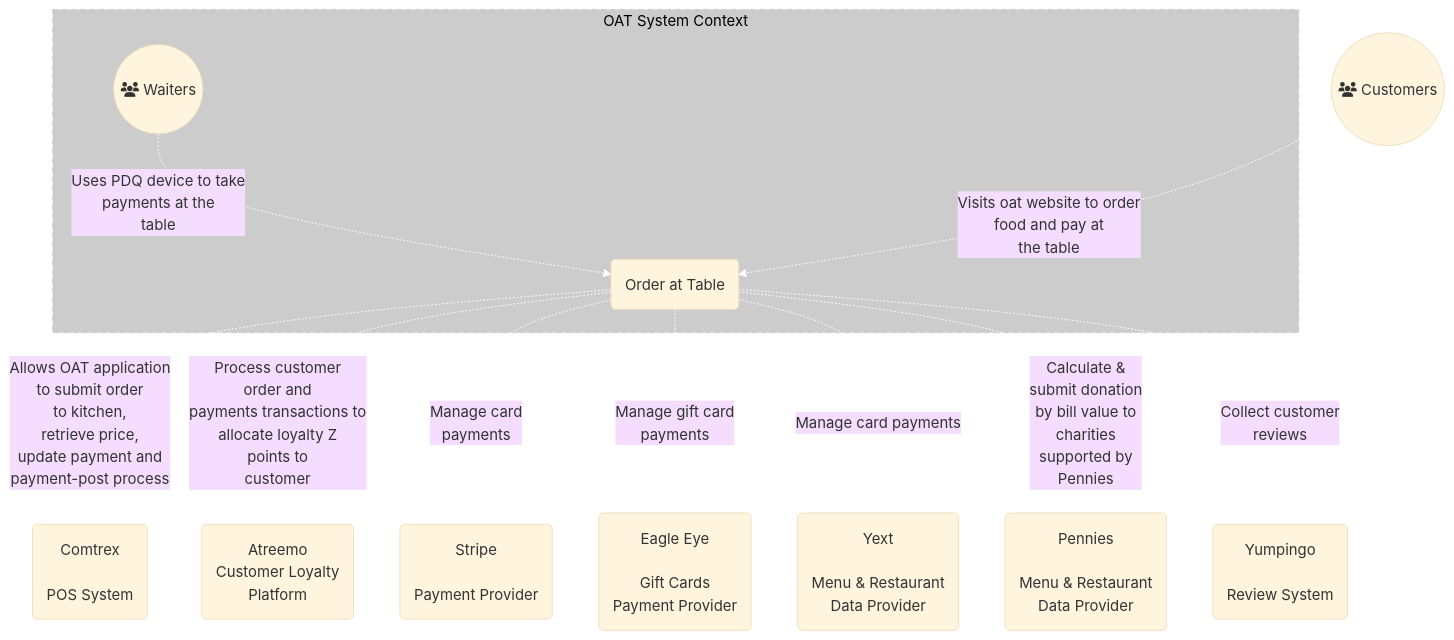
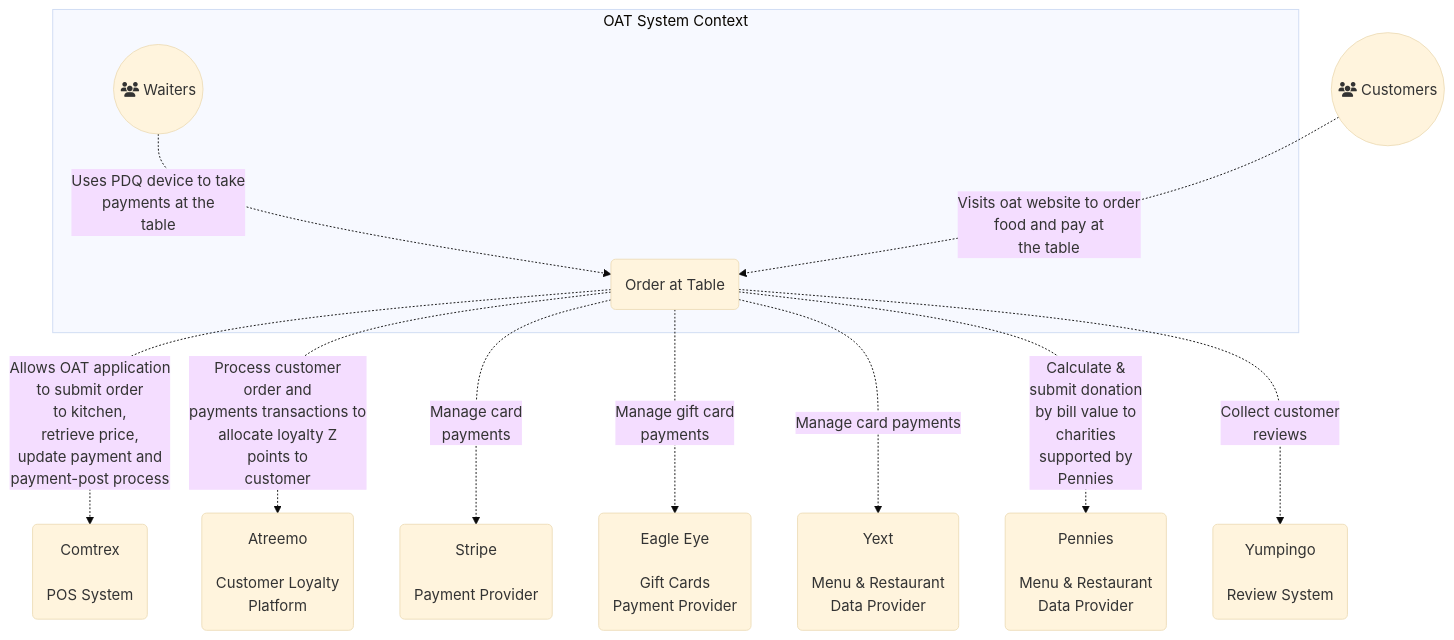
Before and after one commit to anandakumarpalanisamy/css-recipes: the first of 5 diagrams in README.md, drawn with Mermaid.

````diff
--- a/README.md
+++ b/README.md
@@ -3,18 +3,16 @@
 ```mermaid
-%%{init: {'theme':'base','themeVariables': { 'lineColor': '#ffffff'}}}%%
+%%{init: {'theme':'base'}}%%
 graph TB
     subgraph SystemContext [OAT System Context]
-    style SystemContext fill:#ccc,stroke:#ccc,stroke-width:1px,color:#000,stroke-dasharray: 5 5
     Waiter((fa:fa-users Waiters)) -. "Uses PDQ device to take<br/>payments at the<br/>table" .-> OAT(Order at Table)
     end
 
     Customer((fa:fa-users Customers)) -. "Visits oat website to order<br/>food and pay at<br/> the table" .-> OAT(Order at Table)
     OAT(Order at Table) -. "Allows OAT application<br/> to submit order<br/> to kitchen,<br/> retrieve price,<br/> update payment and<br/> payment-post process" .-> Comtrex(Comtrex<br/></br/>POS System )
-    OAT(Order at Table) -. "Process customer<br/> order and<br/> payments transactions to<br/> allocate loyalty Z<br/> points to<br/> customer" .-> Atreemo(Atreemo <br/> Customer Loyalty <br/> Platform)
+    OAT(Order at Table) -. "Process customer<br/> order and<br/> payments transactions to<br/> allocate loyalty Z<br/> points to<br/> customer" .-> Atreemo(Atreemo <br/><br/> Customer Loyalty <br/> Platform)
     OAT(Order at Table) -. "Manage card<br/> payments" .-> Stripe(Stripe <br/><br/> Payment Provider)
     OAT(Order at Table) -. "Manage gift card<br/> payments" .-> EagleEye(Eagle Eye <br/><br/> Gift Cards<br/> Payment Provider)
     OAT(Order at Table) -. "Manage card payments" .-> Yext(Yext <br/><br/> Menu & Restaurant<br> Data Provider)
     OAT(Order at Table) -. "Calculate &<br/> submit donation<br/> by bill value to<br/> charities<br/> supported by<br/> Pennies" .-> Pennies(Pennies <br/><br/> Menu & Restaurant<br> Data Provider)
     OAT(Order at Table) -. "Collect customer<br/> reviews" .-> Yumpingo(Yumpingo <br/><br/> Review System)
-    
 ```
````
